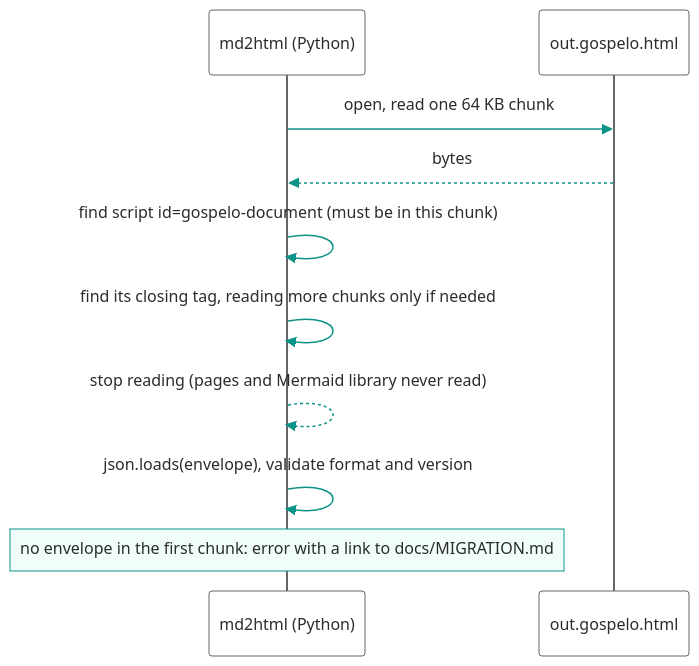
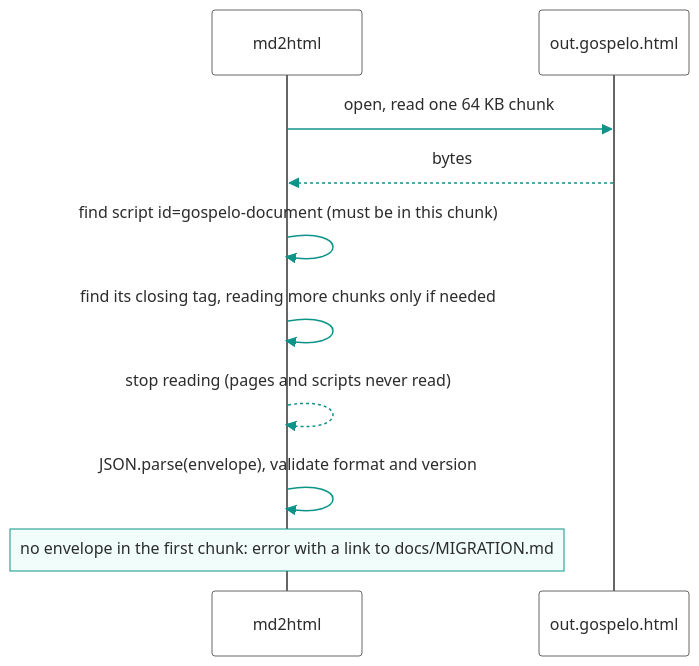
Before and after one commit to gospelo-dev/md2html: the fourth of 5 diagrams in docs/ARCHITECTURE.md, drawn with Mermaid. The commit also changed other lines of this file and 92 other files, not shown here.

````diff
--- a/docs/ARCHITECTURE.md
+++ b/docs/ARCHITECTURE.md
@@ -138,14 +138,14 @@
 ```mermaid
 %%{init: {'theme': 'base', 'themeVariables': {'actorBkg': '#FFFFFF', 'actorBorder': '#666666', 'actorTextColor': '#2C2C2C', 'signalColor': '#0D9488', 'signalTextColor': '#2C2C2C', 'noteBkgColor': '#F0FDFA', 'noteBorderColor': '#0D9488', 'noteTextColor': '#2C2C2C', 'activationBkgColor': '#F8FAFC', 'activationBorderColor': '#94A3B8', 'loopTextColor': '#2C2C2C', 'labelBoxBkgColor': '#F0FDFA', 'labelBoxBorderColor': '#0D9488', 'labelTextColor': '#2C2C2C'}}}%%
 sequenceDiagram
-    participant T as md2html (Python)
+    participant T as md2html
     participant F as out.gospelo.html
 
     T->>F: open, read one 64 KB chunk
     F-->>T: bytes
     T->>T: find script id=gospelo-document (must be in this chunk)
     T->>T: find its closing tag, reading more chunks only if needed
-    T-->>T: stop reading (pages and Mermaid library never read)
-    T->>T: json.loads(envelope), validate format and version
+    T-->>T: stop reading (pages and scripts never read)
+    T->>T: JSON.parse(envelope), validate format and version
     Note over T: no envelope in the first chunk: error with a link to docs/MIGRATION.md
 ```
````
